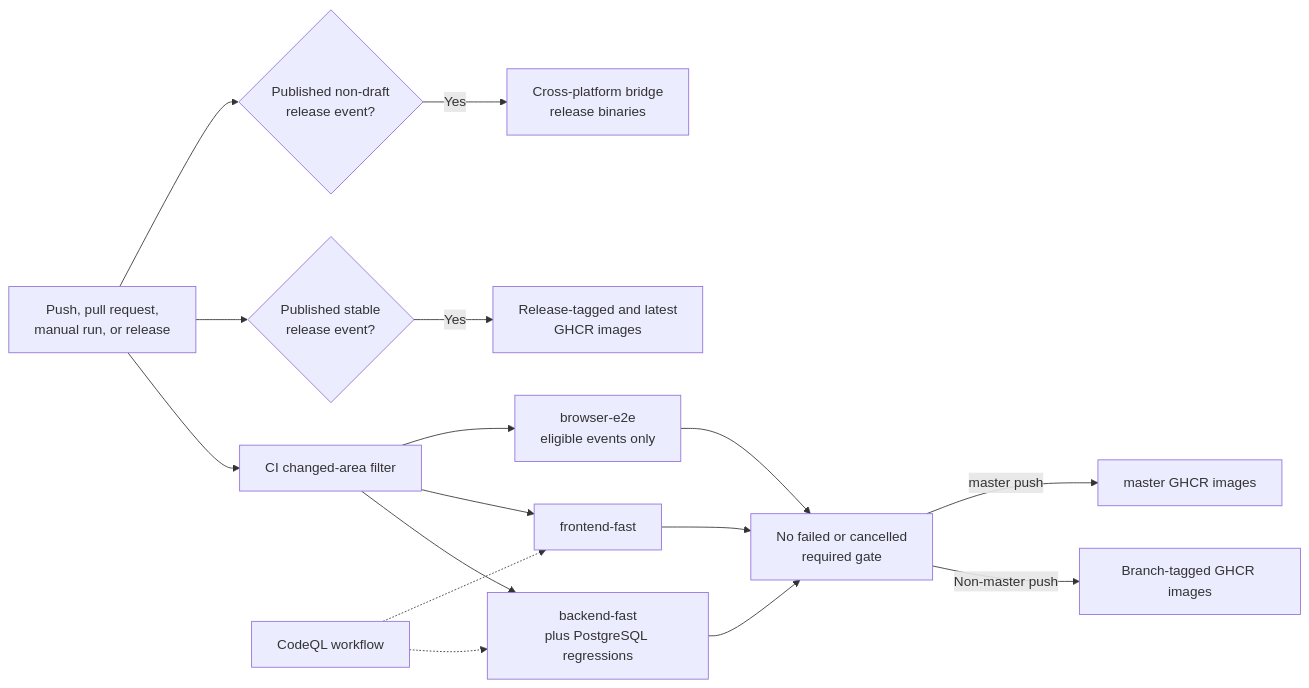
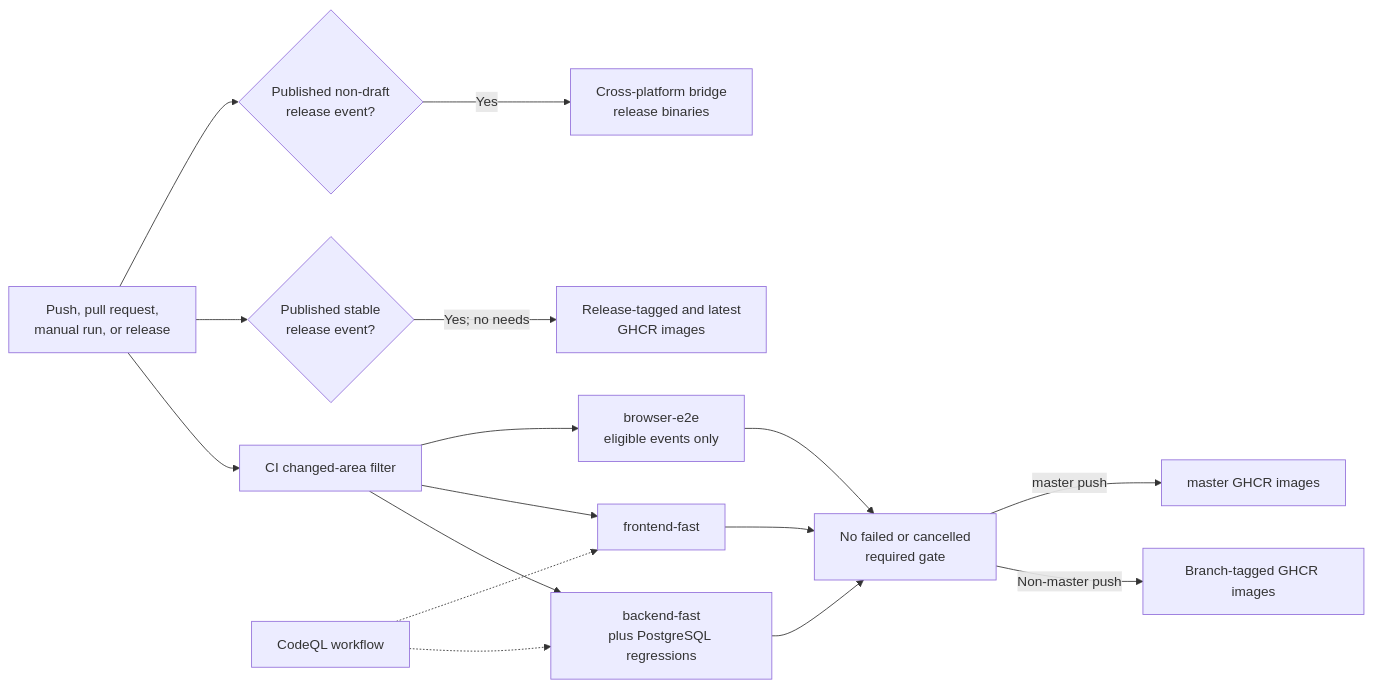
One commit to lollinoo/theia changed diagram 14 of 14 in ARCHITECTURE.md. Above: the diagram before and after it, drawn with Mermaid. The commit also changed other lines of this file, not shown here.

Commit message:
docs(architecture): correct monitoring references

````diff
--- a/ARCHITECTURE.md
+++ b/ARCHITECTURE.md
@@ -1172,18 +1176,18 @@
 ```mermaid
 flowchart LR
     Change["Push, pull request,<br/>manual run, or release"] --> Filter["CI changed-area filter"]
     Filter --> Backend["backend-fast<br/>plus PostgreSQL regressions"]
     Filter --> Frontend["frontend-fast"]
     Filter --> E2E["browser-e2e<br/>eligible events only"]
     Backend --> ImageGate["No failed or cancelled<br/>required gate"]
     Frontend --> ImageGate
     E2E --> ImageGate
     ImageGate -->|Non-master push| BranchImages["Branch-tagged GHCR images"]
     ImageGate -->|master push| MasterImages["master GHCR images"]
     Change --> StableRelease{"Published stable<br/>release event?"}
-    StableRelease -->|Yes| ReleaseImages["Release-tagged and latest<br/>GHCR images"]
+    StableRelease -->|Yes; no needs| ReleaseImages["Release-tagged and latest<br/>GHCR images"]
     Change --> NonDraftRelease{"Published non-draft<br/>release event?"}
     NonDraftRelease -->|Yes| Bridge["Cross-platform bridge<br/>release binaries"]
     CodeQL["CodeQL workflow"] -.-> Backend
     CodeQL -.-> Frontend
 ```
````
